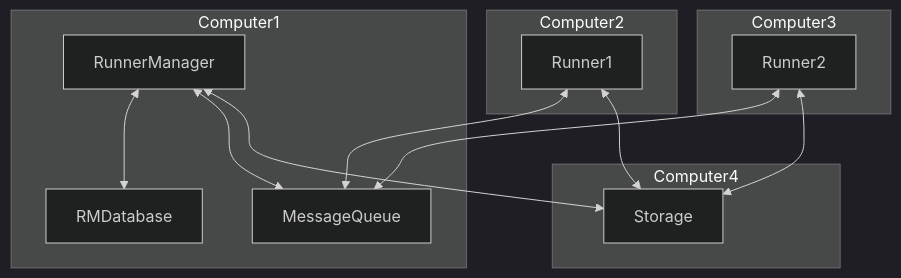
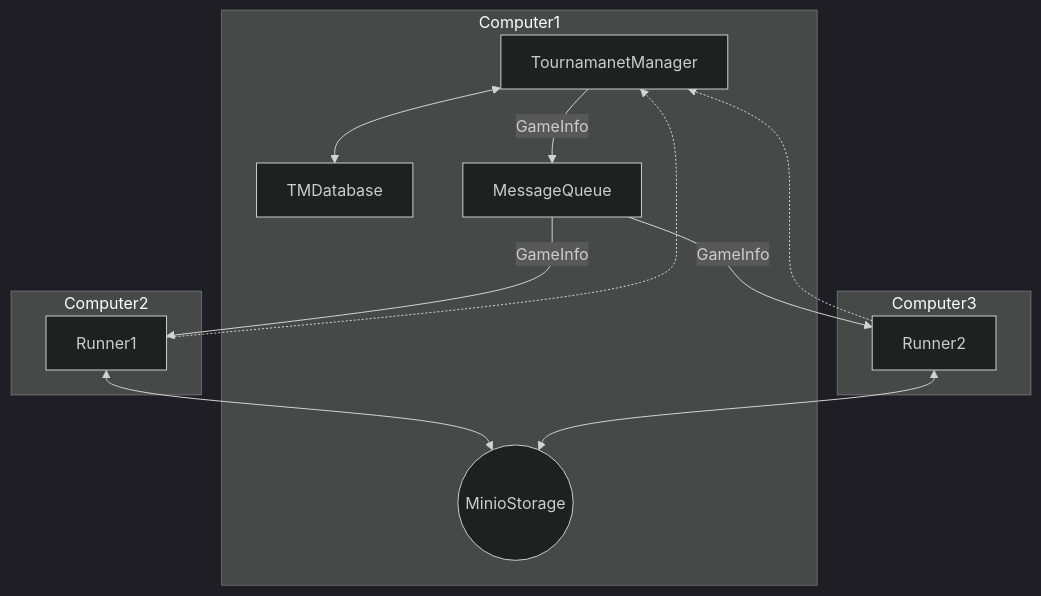
Before and after one commit to RCSS-Tournament-Manager/foxsy-tournament-manager: the first of 2 diagrams in readme.md, drawn with Mermaid (dark theme). The commit also changed other lines of this file and 2 other files, not shown here.

````diff
--- a/readme.md
+++ b/readme.md
@@ -9,24 +9,23 @@
 ```mermaid
 flowchart TD
     subgraph Computer1
-        RM[RunnerManager]
-        RMDB[RMDatabase]
+        TM[TournamanetManager]
+        TMDB[TMDatabase]
         MQ[MessageQueue]
+        S((MinioStorage))
     end
     subgraph Computer2
         R1[Runner1]
     end
     subgraph Computer3
         R2[Runner2]
     end
-    subgraph Computer4
-        S[Storage]
-    end
-    R1 <--> MQ
-    R2 <--> MQ
-    RM <--> RMDB
-    RM <--> MQ
-    RM <--> S
+    TM -- GameInfo --> MQ
+    MQ -- GameInfo --> R1
+    MQ -- GameInfo --> R2
+    TM <--> TMDB
     R1 <--> S
     R2 <--> S
+    R1 -.-> TM
+    R2 -.-> TM
 ```
````
